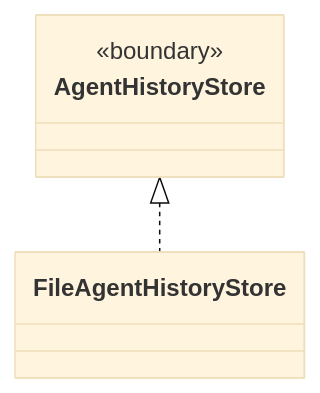
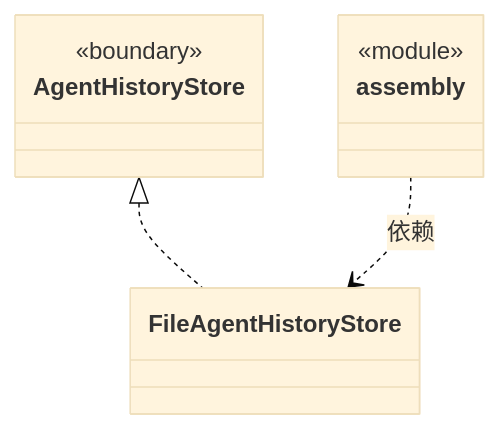
The diagram in src/logic/history/service/ARCHITECTURE.md (nan023062/cbim), drawn with Mermaid (base theme) before and after one commit. The commit also changed other lines of this file and 136 other files, not shown here.

````diff
--- a/src/logic/history/service/ARCHITECTURE.md
+++ b/src/logic/history/service/ARCHITECTURE.md
@@ -19,10 +22,15 @@
 ```mermaid
 classDiagram
+class N_aad59a76b1f5["FileAgentHistoryStore"]
+click N_aad59a76b1f5 href "file-store.ts"
 class N_6bb66339609c["AgentHistoryStore"] {
   <<boundary>>
 }
 click N_6bb66339609c href "../../team/rules/session-history-storage.ts"
-class N_aad59a76b1f5["FileAgentHistoryStore"]
-click N_aad59a76b1f5 href "file-store.ts"
+class N_e9372b398ffc["assembly"] {
+  <<module>>
+}
+click N_e9372b398ffc href "assembly.ts"
 N_6bb66339609c <|.. N_aad59a76b1f5
+N_e9372b398ffc ..> N_aad59a76b1f5 : 依赖
 ```
````
